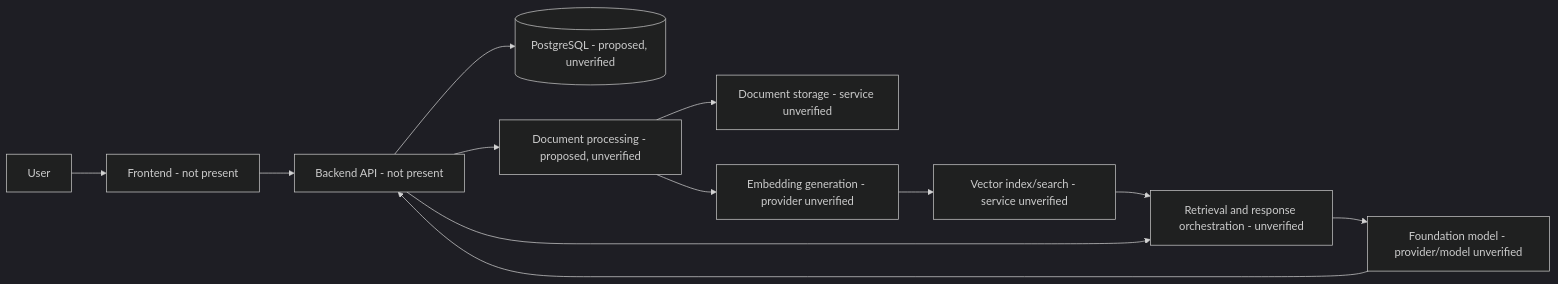
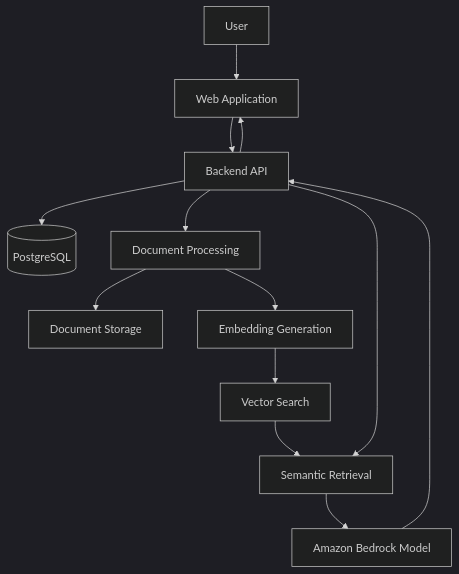
The diagram in README.md (singhdeepesh20/Nirmaya-AI-Version-2), drawn with Mermaid (dark theme) before and after one commit. The commit also changed other lines of this file, not shown here.

First line of the commit message:
Enhance README with project details and roadmap

````diff
--- a/README.md
+++ b/README.md
@@ -28,14 +50,15 @@
 ```mermaid
-flowchart LR
-    U[User] --> FE[Frontend - not present]
-    FE --> API[Backend API - not present]
-    API --> DB[(PostgreSQL - proposed, unverified)]
-    API --> ING[Document processing - proposed, unverified]
-    ING --> STORE[Document storage - service unverified]
-    ING --> EMB[Embedding generation - provider unverified]
-    EMB --> IDX[Vector index/search - service unverified]
-    API --> RET[Retrieval and response orchestration - unverified]
-    IDX --> RET
-    RET --> FM[Foundation model - provider/model unverified]
-    FM --> API
+flowchart TD
+    USER[User] --> FRONTEND[Web Application]
+    FRONTEND --> API[Backend API]
+    API --> DB[(PostgreSQL)]
+    API --> PIPELINE[Document Processing]
+    PIPELINE --> STORAGE[Document Storage]
+    PIPELINE --> EMBEDDINGS[Embedding Generation]
+    EMBEDDINGS --> VECTOR[Vector Search]
+    VECTOR --> RETRIEVAL[Semantic Retrieval]
+    API --> RETRIEVAL
+    RETRIEVAL --> BEDROCK[Amazon Bedrock Model]
+    BEDROCK --> API
+    API --> FRONTEND
 ```
````
